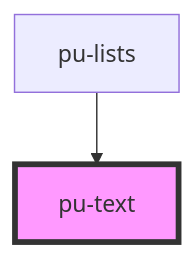
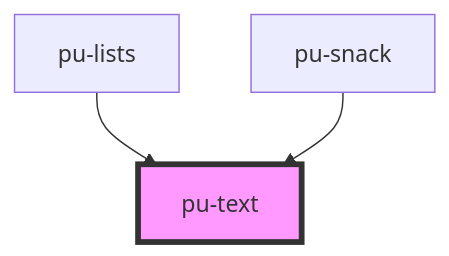
Before and after one commit to prounity-uz/prounity-ui: the diagram in packages/stencil-library/src/components/pu-text/readme.md, drawn with Mermaid. The commit also changed other lines of this file and 10 other files, not shown here.

````diff
--- a/packages/stencil-library/src/components/pu-text/readme.md
+++ b/packages/stencil-library/src/components/pu-text/readme.md
@@ -22,5 +23,6 @@
 ```mermaid
 graph TD;
   pu-lists --> pu-text
+  pu-snack --> pu-text
   style pu-text fill:#f9f,stroke:#333,stroke-width:4px
 ```
````
